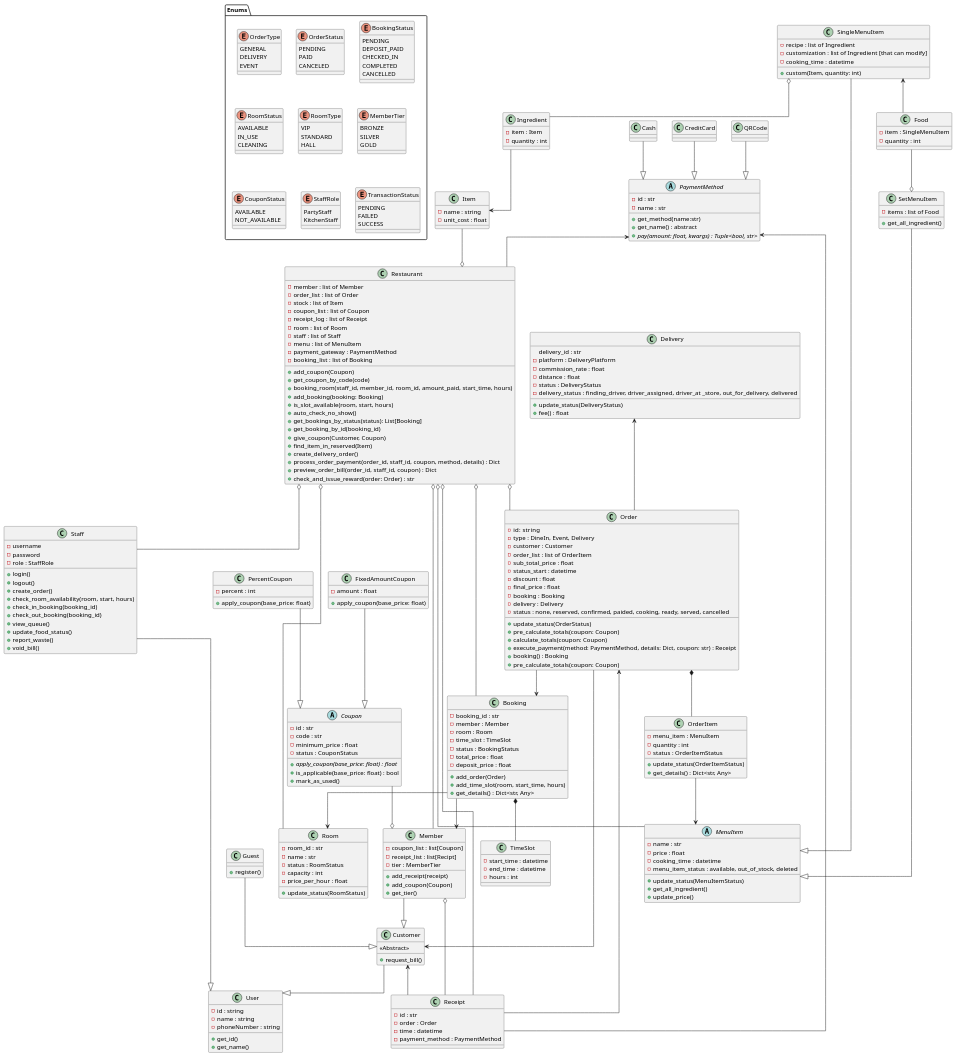
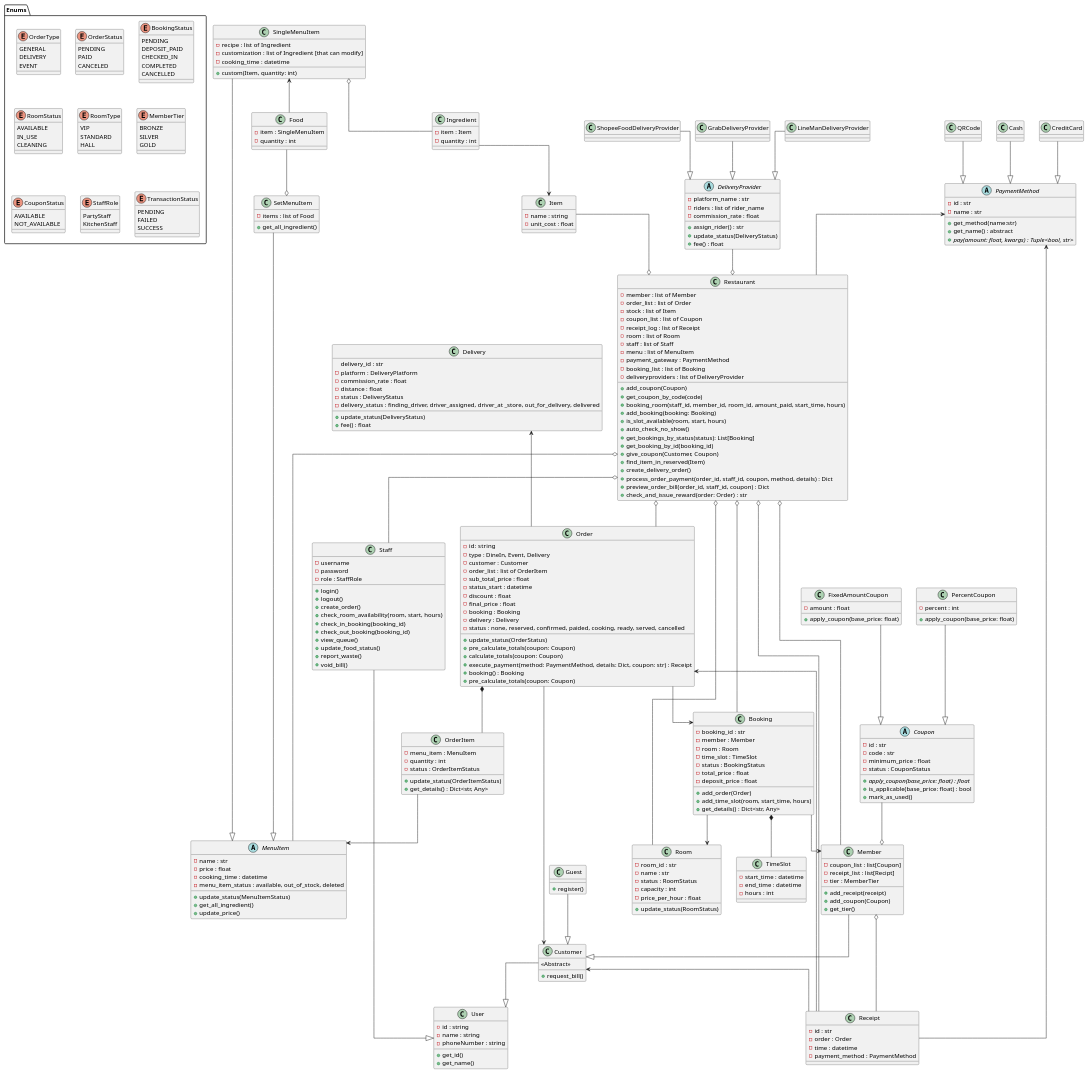
The diagram in shared/doc/class_diagram.puml (twrrippy/knight-chicken-oop), drawn with PlantUML before and after one commit. The commit also changed 1 other file, not shown here.

Commit message:
introduce delivery provider classes and their relationship with the restaurant.

```diff
--- a/shared/doc/class_diagram.puml
+++ b/shared/doc/class_diagram.puml
@@ -12,6 +12,7 @@
     - menu : list of MenuItem
     - payment_gateway : PaymentMethod
     - booking_list : list of Booking
+    - deliveryproviders : list of DeliveryProvider
     + add_coupon(Coupon)
     + get_coupon_by_code(code)
     + booking_room(staff_id, member_id, room_id, amount_paid, start_time, hours)
@@ -219,6 +220,34 @@
     + {abstract} pay(amount: float, kwargs) : Tuple<bool, str>
 }
 
+
+DeliveryProvider --o Restaurant
+
+abstract class DeliveryProvider{
+    - platform_name : str
+    - riders : list of rider_name
+    - commission_rate : float
+    + assign_rider() : str
+    + update_status(DeliveryStatus)
+    + fee() : float
+}
+
+GrabDeliveryProvider --|> DeliveryProvider
+class GrabDeliveryProvider{
+
+}
+
+LineManDeliveryProvider --|> DeliveryProvider
+class LineManDeliveryProvider{
+
+}
+
+ShopeeFoodDeliveryProvider --|> DeliveryProvider
+class ShopeeFoodDeliveryProvider{
+
+}
+
+
 QRCode --|> PaymentMethod
 class QRCode{
 
```
